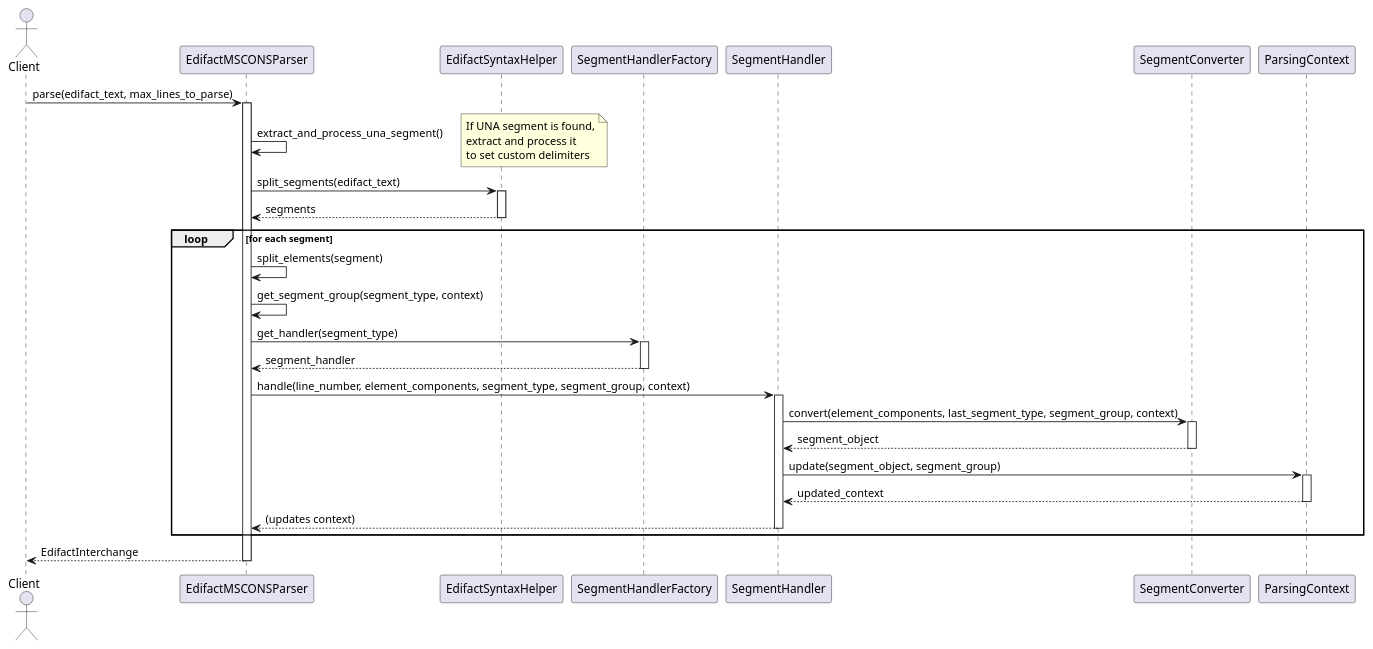
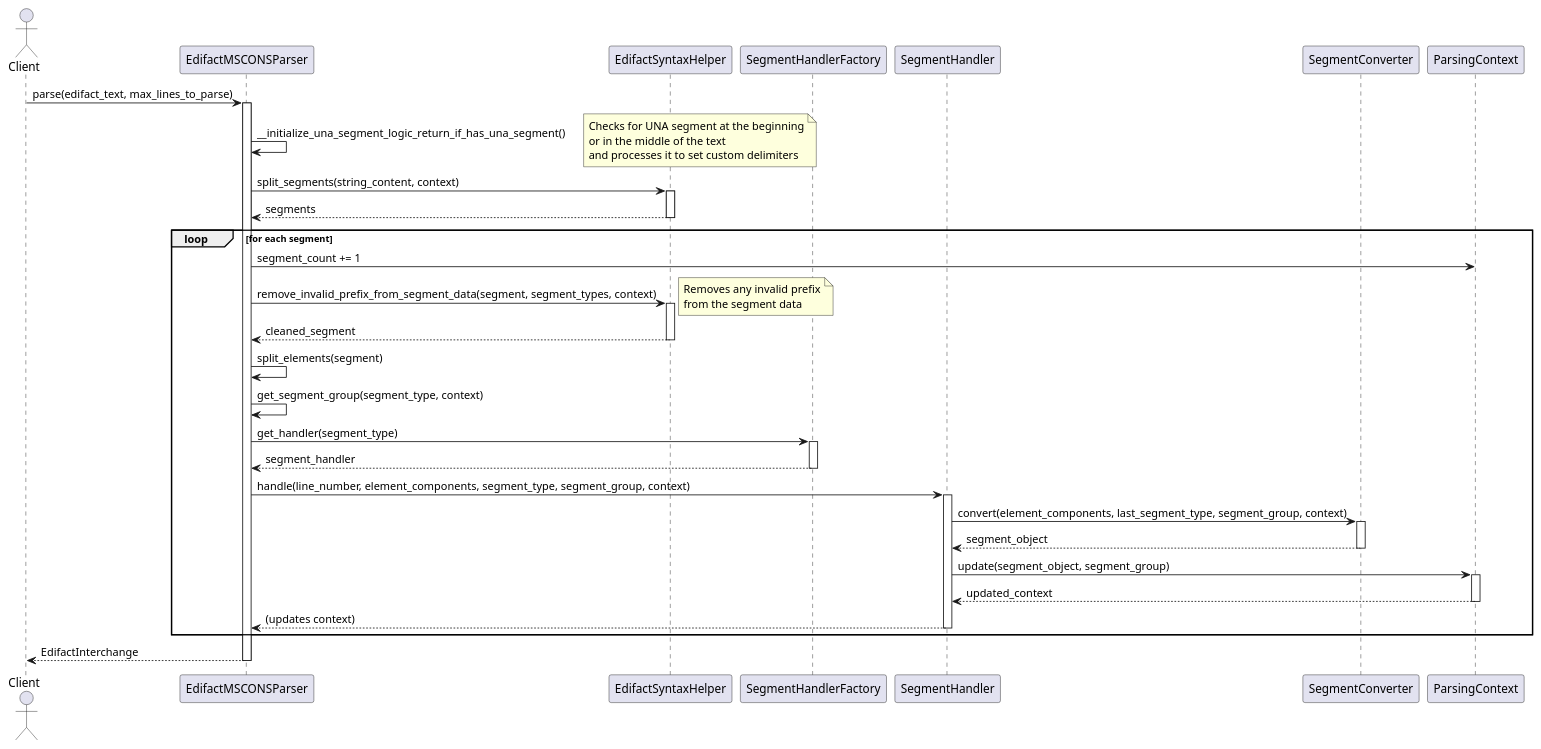
The diagram in docs/mscons-parsing-process.md (h2nguyen/mscons-restify), drawn with PlantUML before and after one commit. The commit also changed other lines of this file and 10 other files, not shown here.

First line of the commit message:
Remove artefacts before segment types (#9)

````diff
--- a/docs/mscons-parsing-process.md
+++ b/docs/mscons-parsing-process.md
@@ -44,58 +44,66 @@
 ```plantuml
 @startuml "MSCONS Parsing Process"
 
 skinparam packageStyle rectangle
 skinparam componentStyle rectangle
 skinparam backgroundColor white
 skinparam packageBackgroundColor white
 
 actor "Client" as Client
 participant "EdifactMSCONSParser" as Parser
 participant "EdifactSyntaxHelper" as SyntaxHelper
 participant "SegmentHandlerFactory" as Factory
 participant "SegmentHandler" as Handler
 participant "SegmentConverter" as Converter
 participant "ParsingContext" as Context
 
 Client -> Parser: parse(edifact_text, max_lines_to_parse)
 activate Parser
 
-Parser -> Parser: extract_and_process_una_segment()
-note right: If UNA segment is found,\nextract and process it\nto set custom delimiters
+Parser -> Parser: __initialize_una_segment_logic_return_if_has_una_segment()
+note right: Checks for UNA segment at the beginning\nor in the middle of the text\nand processes it to set custom delimiters
 
-Parser -> SyntaxHelper: split_segments(edifact_text)
+Parser -> SyntaxHelper: split_segments(string_content, context)
 activate SyntaxHelper
 SyntaxHelper --> Parser: segments
 deactivate SyntaxHelper
 
 loop for each segment
+    Parser -> Context: segment_count += 1
+
+    Parser -> SyntaxHelper: remove_invalid_prefix_from_segment_data(segment, segment_types, context)
+    activate SyntaxHelper
+    note right: Removes any invalid prefix\nfrom the segment data
+    SyntaxHelper --> Parser: cleaned_segment
+    deactivate SyntaxHelper
+
     Parser -> Parser: split_elements(segment)
     Parser -> Parser: get_segment_group(segment_type, context)
 
     Parser -> Factory: get_handler(segment_type)
     activate Factory
     Factory --> Parser: segment_handler
     deactivate Factory
 
     Parser -> Handler: handle(line_number, element_components, segment_type, segment_group, context)
     activate Handler
 
     Handler -> Converter: convert(element_components, last_segment_type, segment_group, context)
     activate Converter
     Converter --> Handler: segment_object
     deactivate Converter
 
     Handler -> Context: update(segment_object, segment_group)
     activate Context
     Context --> Handler: updated_context
     deactivate Context
 
     Handler --> Parser: (updates context)
     deactivate Handler
 end
 
 Parser --> Client: EdifactInterchange
 deactivate Parser
 
 @enduml
 ```
````
